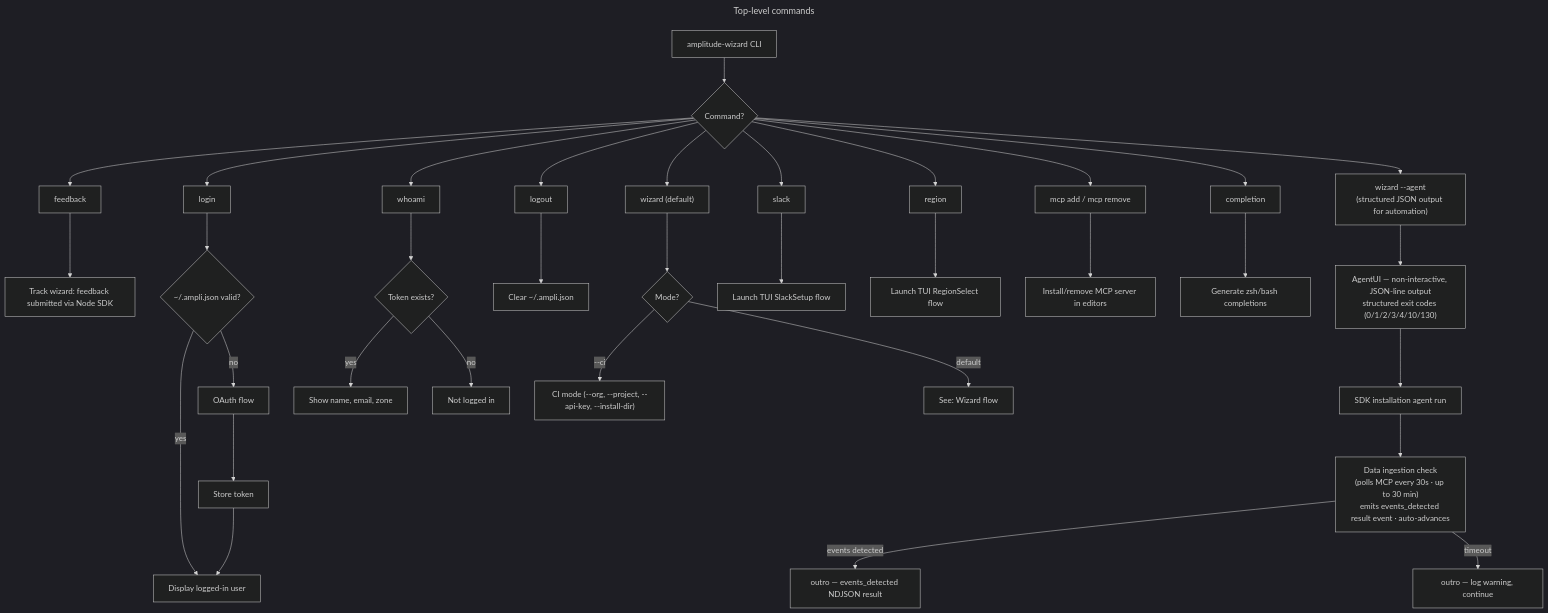
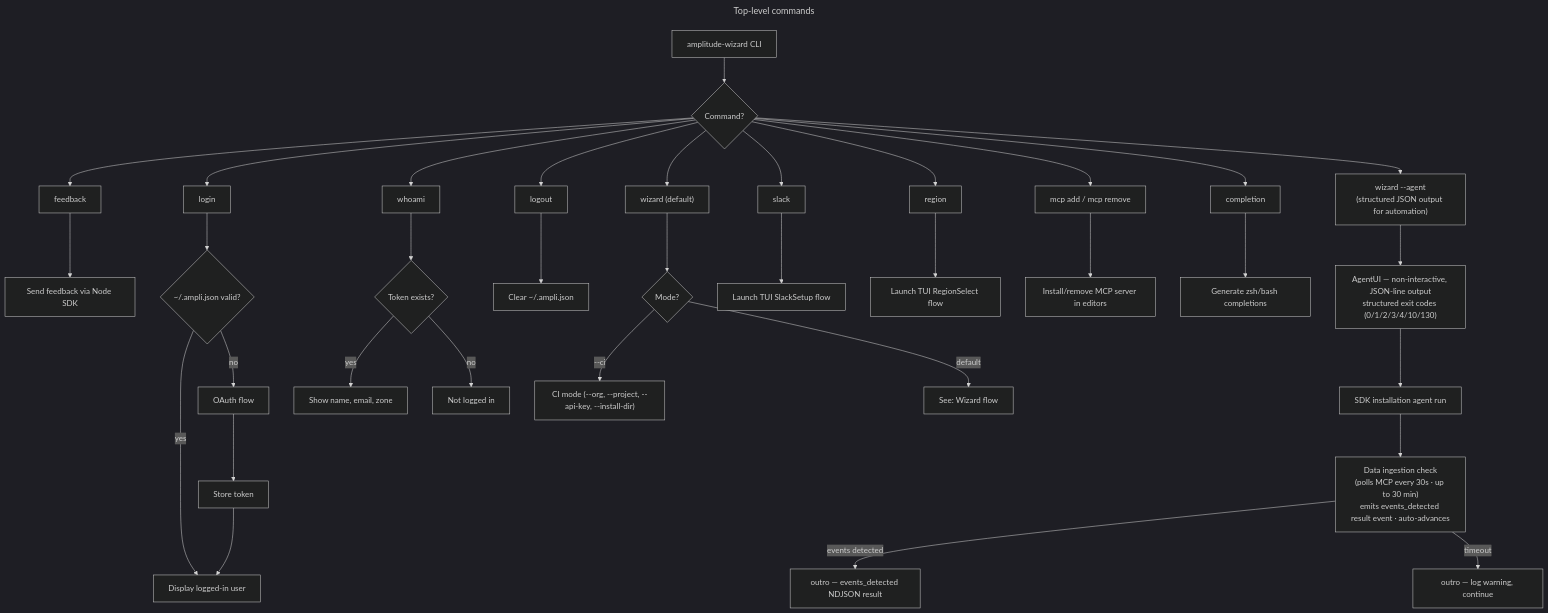
The first of 7 diagrams in docs/flows.md (amplitude/wizard), drawn with Mermaid (dark theme) before and after one commit. The commit also changed other lines of this file and 1 other file, not shown here.

````diff
--- a/docs/flows.md
+++ b/docs/flows.md
@@ -28,45 +28,45 @@
 ```mermaid
 ---
 title: Top-level commands
 ---
 flowchart TD
     CLI["amplitude-wizard CLI"] --> CMD{Command?}
 
     CMD --> LOGIN["login"]
     CMD --> LOGOUT["logout"]
     CMD --> WHOAMI["whoami"]
     CMD --> FEEDBACK["feedback"]
     CMD --> SLACK_CMD["slack"]
     CMD --> REGION_CMD["region"]
     CMD --> MCP_CMD["mcp add / mcp remove"]
     CMD --> COMPLETION["completion"]
     CMD --> WIZARD["wizard (default)"]
     CMD --> AGENT["wizard --agent<br/>(structured JSON output for automation)"]
 
-    FEEDBACK --> FEEDBACK_SEND["Track wizard: feedback submitted via Node SDK"]
+    FEEDBACK --> FEEDBACK_SEND["Send feedback via Node SDK"]
 
     AGENT --> AGENT_UI["AgentUI — non-interactive, JSON-line output<br/>structured exit codes (0/1/2/3/4/10/130)"]
     AGENT_UI --> AGENT_RUN["SDK installation agent run"]
     AGENT_RUN --> AGENT_POLL["Data ingestion check<br/>(polls MCP every 30s · up to 30 min)<br/>emits events_detected result event · auto-advances"]
     AGENT_POLL -->|events detected| AGENT_DONE["outro — events_detected NDJSON result"]
     AGENT_POLL -->|timeout| AGENT_TIMEOUT["outro — log warning, continue"]
 
     LOGIN --> LOGIN_CHECK{~/.ampli.json valid?}
     LOGIN_CHECK -->|yes| LOGIN_DONE["Display logged-in user"]
     LOGIN_CHECK -->|no| OAUTH["OAuth flow"] --> STORE["Store token"] --> LOGIN_DONE
 
     LOGOUT --> CLEAR["Clear ~/.ampli.json"]
 
     WHOAMI --> CHECK_TOKEN{Token exists?}
     CHECK_TOKEN -->|yes| SHOW_USER["Show name, email, zone"]
     CHECK_TOKEN -->|no| NOT_LOGGED_IN["Not logged in"]
 
     SLACK_CMD --> SLACK_TUI["Launch TUI SlackSetup flow"]
     REGION_CMD --> REGION_TUI["Launch TUI RegionSelect flow"]
     MCP_CMD --> MCP_INSTALL["Install/remove MCP server in editors"]
     COMPLETION --> SHELL_COMP["Generate zsh/bash completions"]
 
     WIZARD --> MODE{Mode?}
     MODE -->|--ci| CI["CI mode (--org, --project, --api-key, --install-dir)"]
     MODE -->|default| W["See: Wizard flow"]
 ```
````
